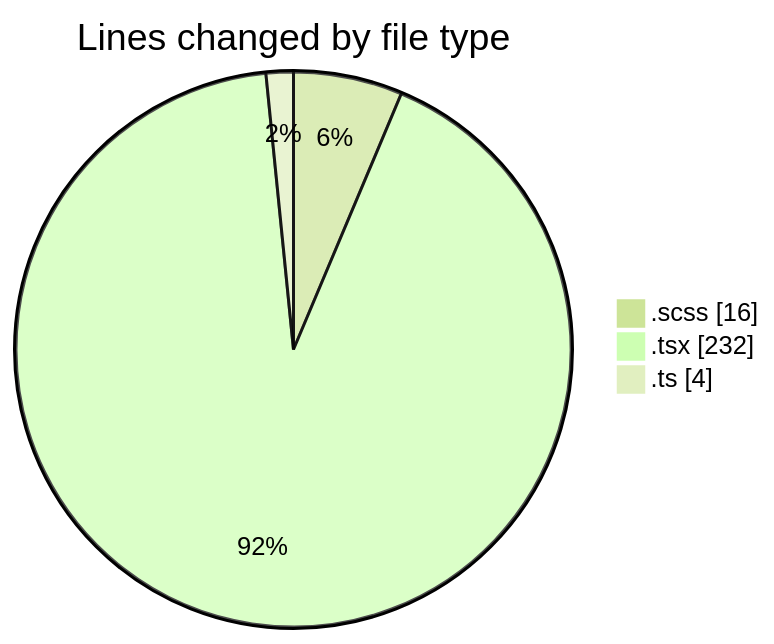
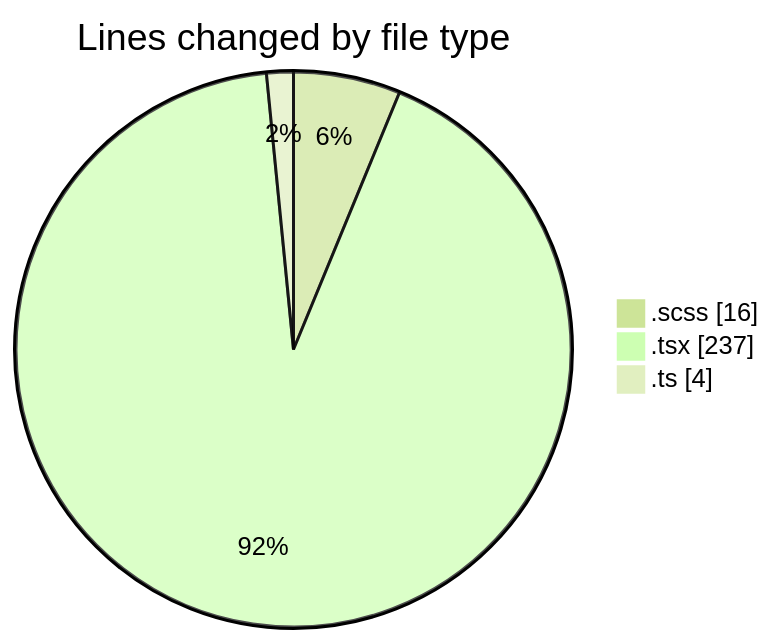
The first of 2 diagrams in 2025-02-27/cda/README.md (momahboobian/code-tracking), drawn with Mermaid (forest theme) before and after one commit. The commit also changed other lines of this file and 1 other file, not shown here.

````diff
--- a/2025-02-27/cda/README.md
+++ b/2025-02-27/cda/README.md
@@ -25,7 +25,7 @@
 ```mermaid
 pie showData
 title Lines changed by file type
 ".scss" : 16
-".tsx" : 232
+".tsx" : 237
 ".ts" : 4
 ```
````
